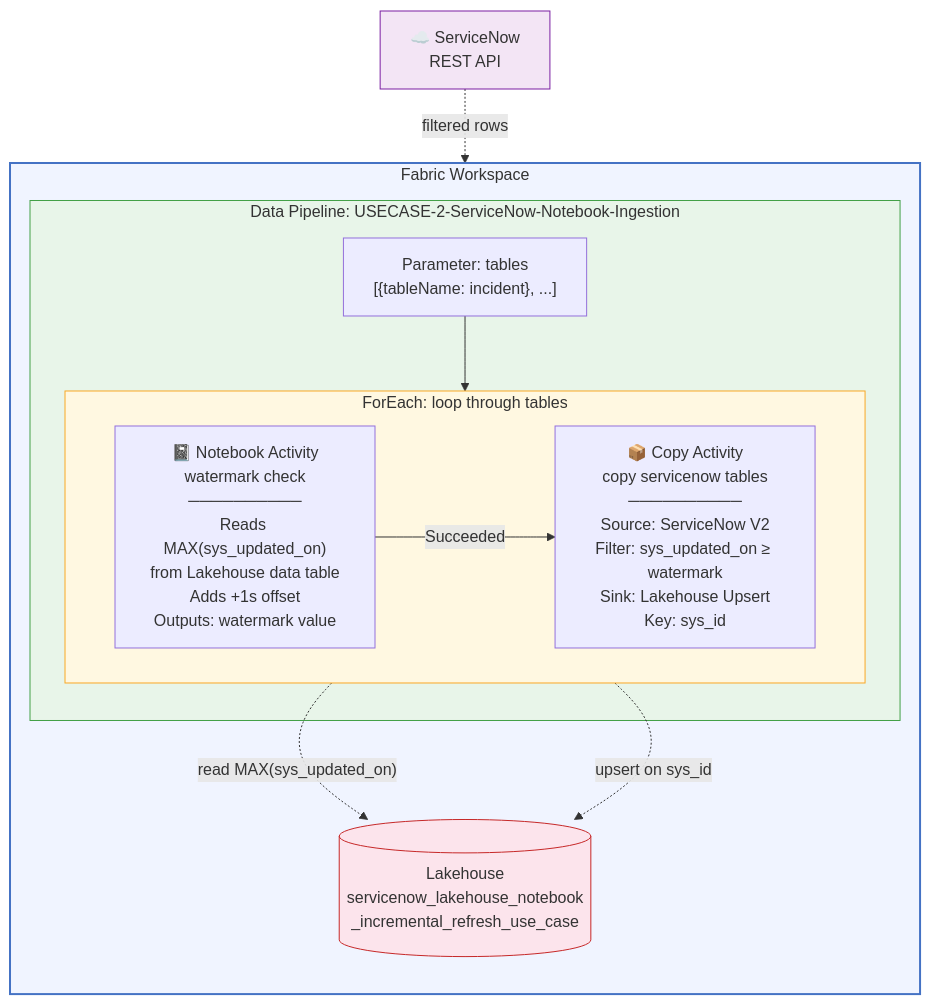
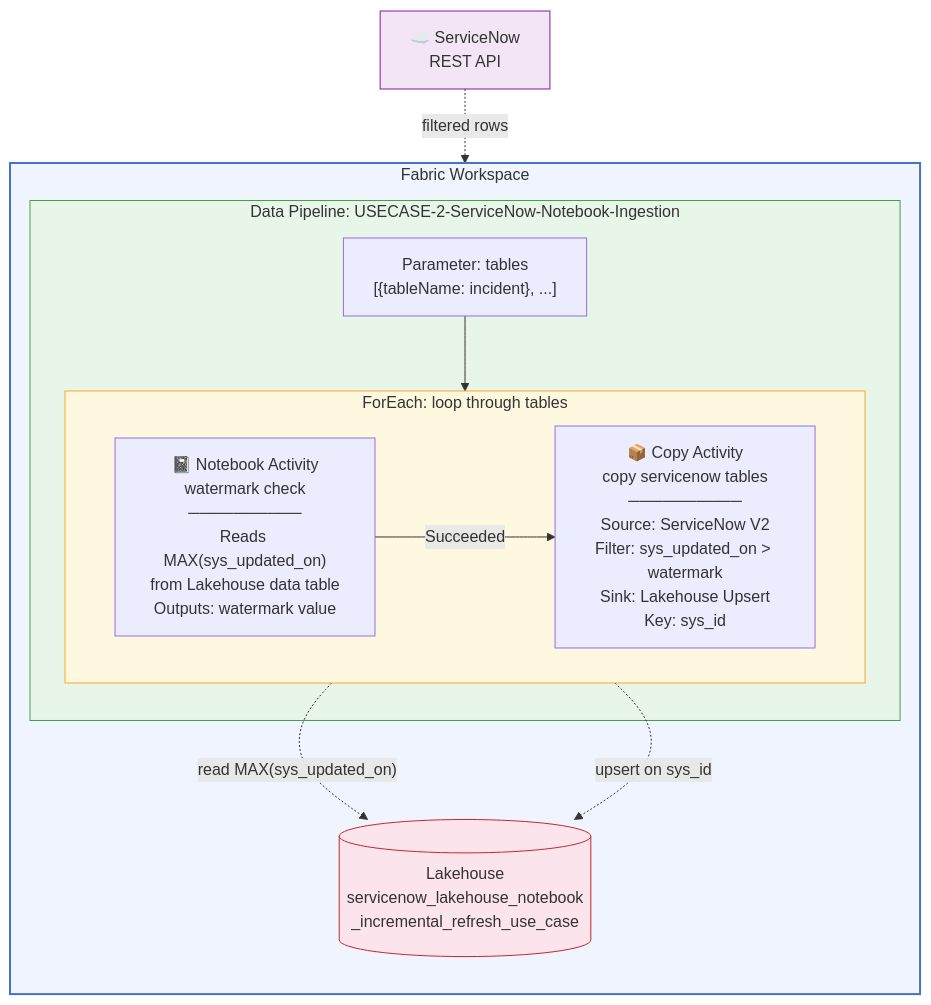
Before and after one commit to claraworkman/fabric-servicenow-pipeline-notebook-implementation: the diagram in README.md, drawn with Mermaid. The commit also changed other lines of this file, not shown here.

````diff
--- a/README.md
+++ b/README.md
@@ -11,36 +11,36 @@
 ```mermaid
 flowchart TB
     subgraph Workspace["Fabric Workspace"]
         direction TB
         
         subgraph Pipeline["Data Pipeline: USECASE-2-ServiceNow-Notebook-Ingestion"]
             Param["Parameter: tables<br/>[{tableName: incident}, ...]"]
             
             subgraph ForEach["ForEach: loop through tables"]
                 direction LR
                 
-                NB["📓 Notebook Activity<br/>watermark check<br/>──────────<br/>Reads MAX(sys_updated_on)<br/>from Lakehouse data table<br/>Adds +1s offset<br/>Outputs: watermark value"]
+                NB["📓 Notebook Activity<br/>watermark check<br/>──────────<br/>Reads MAX(sys_updated_on)<br/>from Lakehouse data table<br/>Outputs: watermark value"]
                 
-                Copy["📦 Copy Activity<br/>copy servicenow tables<br/>──────────<br/>Source: ServiceNow V2<br/>Filter: sys_updated_on ≥ watermark<br/>Sink: Lakehouse Upsert<br/>Key: sys_id"]
+                Copy["📦 Copy Activity<br/>copy servicenow tables<br/>──────────<br/>Source: ServiceNow V2<br/>Filter: sys_updated_on > watermark<br/>Sink: Lakehouse Upsert<br/>Key: sys_id"]
                 
                 NB -->|"Succeeded"| Copy
             end
             
             Param --> ForEach
         end
         
         LH[("Lakehouse<br/>servicenow_lakehouse_notebook<br/>_incremental_refresh_use_case")]
     end
     
     SN["☁️ ServiceNow<br/>REST API"]
     
     NB -.->|"read MAX(sys_updated_on)"| LH
     SN -.->|"filtered rows"| Copy
     Copy -.->|"upsert on sys_id"| LH
 
     style Workspace fill:#f0f4ff,stroke:#4472c4,stroke-width:2px
     style Pipeline fill:#e8f5e9,stroke:#43a047,stroke-width:1px
     style ForEach fill:#fff8e1,stroke:#f9a825,stroke-width:1px
     style LH fill:#fce4ec,stroke:#c62828
     style SN fill:#f3e5f5,stroke:#7b1fa2
 ```
````
